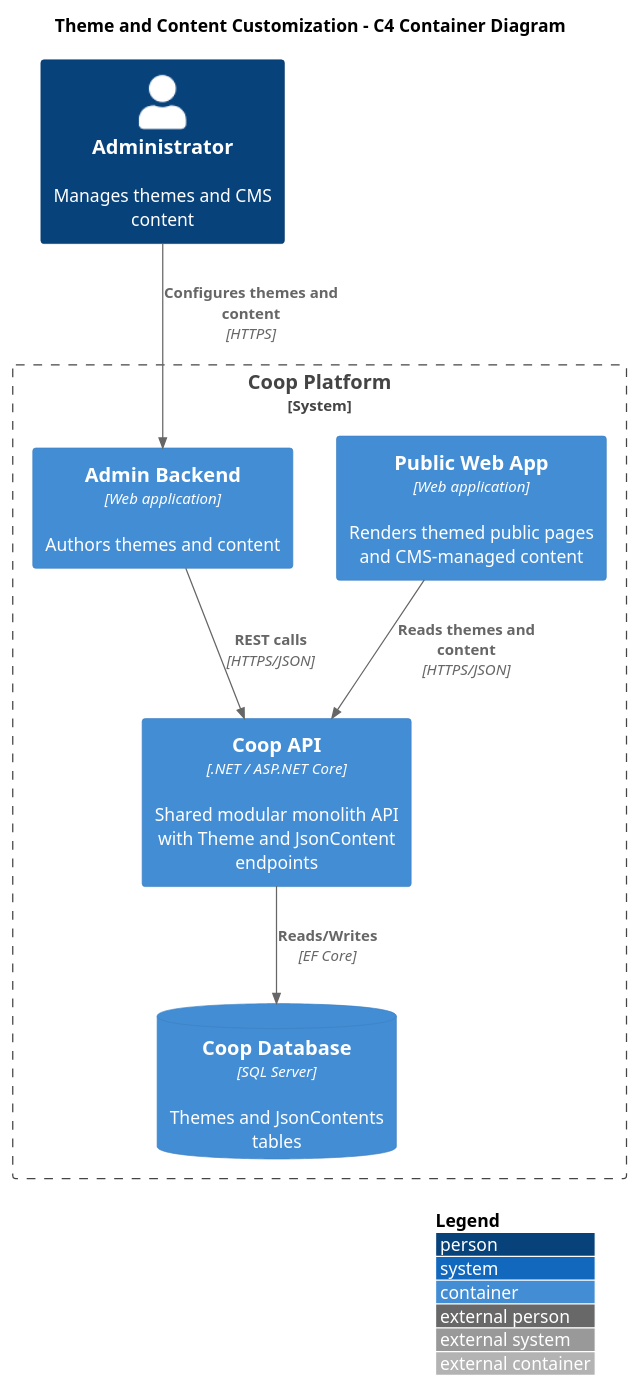
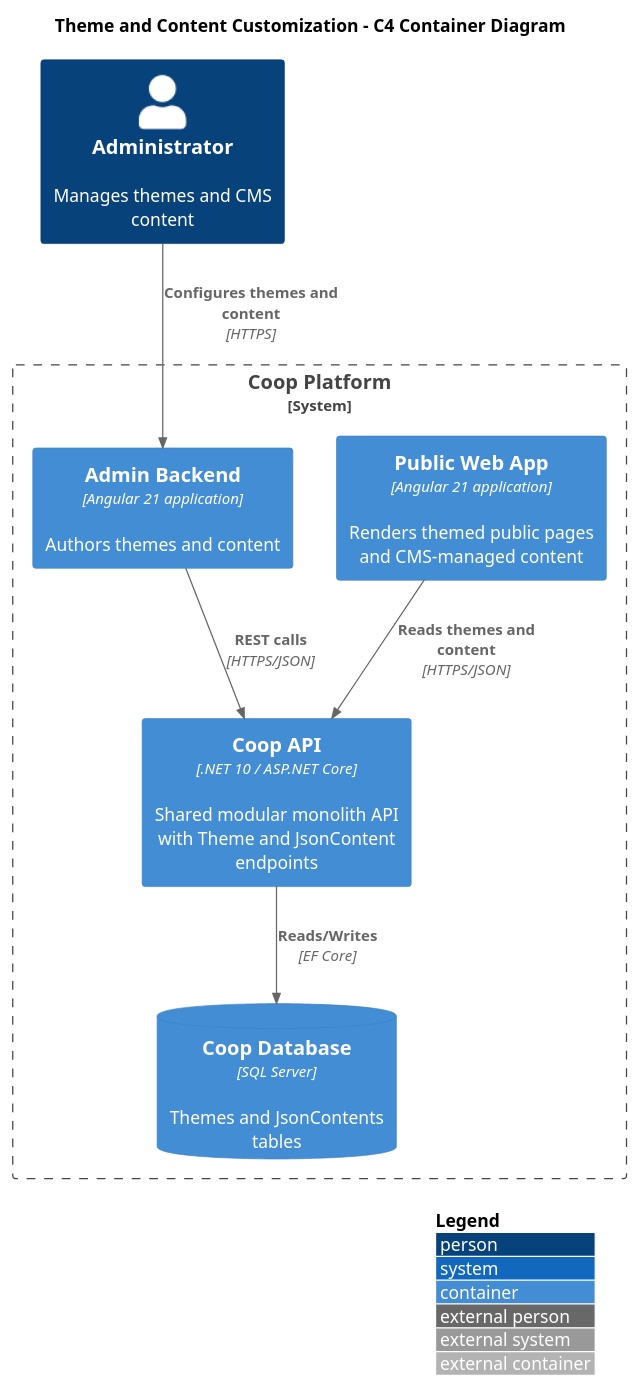
Before and after one commit to QuinntyneBrown/Coop: the diagram in docs/detailed-designs/10-theme-and-content-customization/c4-container.puml, drawn with PlantUML. The commit also changed 23 other files, not shown here.

Commit message:
Update C4 diagrams with .NET 10 LTS and Angular 21 baseline and consolidate solution hierarchy

```diff
--- a/docs/detailed-designs/10-theme-and-content-customization/c4-container.puml
+++ b/docs/detailed-designs/10-theme-and-content-customization/c4-container.puml
@@ -1,23 +1,23 @@
 @startuml c4-container
 
 !include https://raw.githubusercontent.com/plantuml-stdlib/C4-PlantUML/master/C4_Container.puml
 
 LAYOUT_WITH_LEGEND()
 
 title Theme and Content Customization - C4 Container Diagram
 
 Person(admin, "Administrator", "Manages themes and CMS content")
 
 System_Boundary(coop, "Coop Platform") {
-    Container(publicApp, "Public Web App", "Web application", "Renders themed public pages and CMS-managed content")
-    Container(adminApp, "Admin Backend", "Web application", "Authors themes and content")
-    Container(api, "Coop API", ".NET / ASP.NET Core", "Shared modular monolith API with Theme and JsonContent endpoints")
+    Container(publicApp, "Public Web App", "Angular 21 application", "Renders themed public pages and CMS-managed content")
+    Container(adminApp, "Admin Backend", "Angular 21 application", "Authors themes and content")
+    Container(api, "Coop API", ".NET 10 / ASP.NET Core", "Shared modular monolith API with Theme and JsonContent endpoints")
     ContainerDb(db, "Coop Database", "SQL Server", "Themes and JsonContents tables")
 }
 
 Rel(admin, adminApp, "Configures themes and content", "HTTPS")
 Rel(adminApp, api, "REST calls", "HTTPS/JSON")
 Rel(publicApp, api, "Reads themes and content", "HTTPS/JSON")
 Rel(api, db, "Reads/Writes", "EF Core")
 
 @enduml
```
